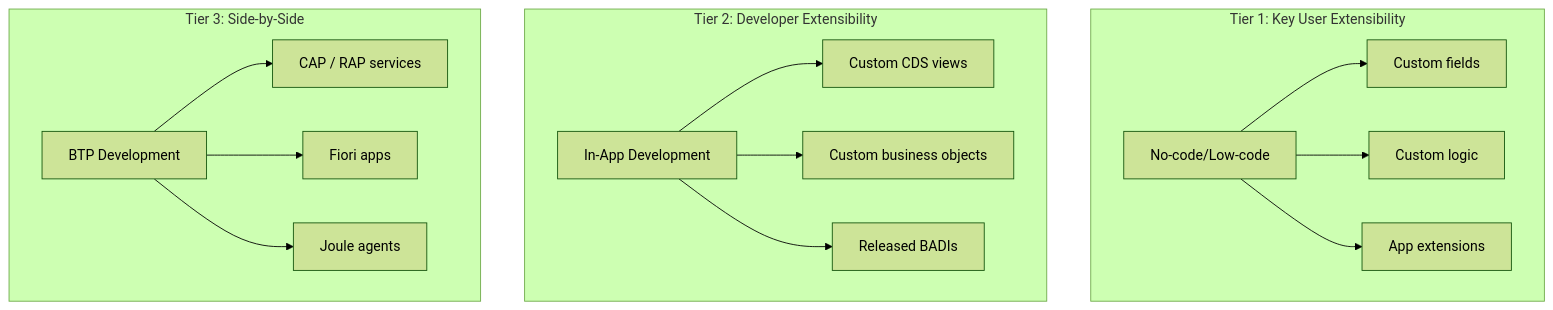
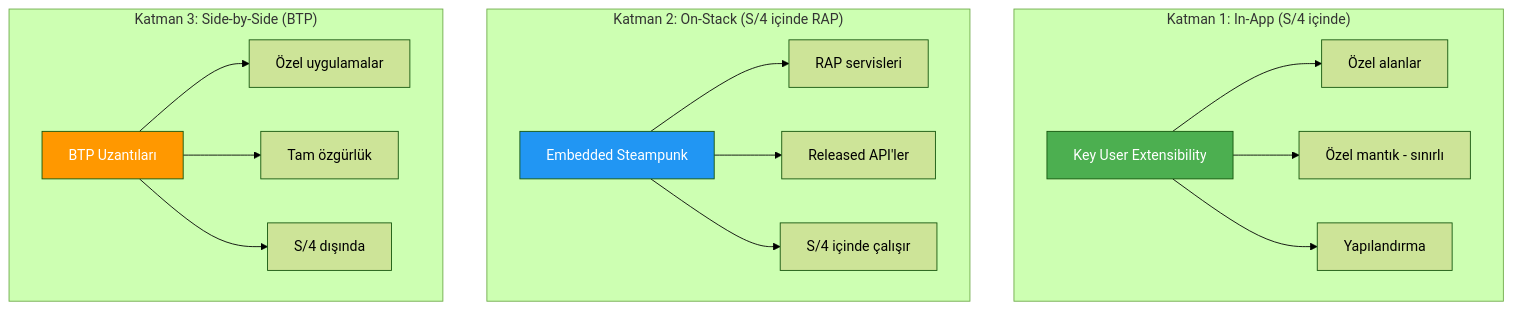
Before and after one commit to beyhanmeyrali/sap-all: the fourth of 5 diagrams in Technical Tutorials/BTP/TR/chapters/17-clean-core.md, drawn with Mermaid (forest theme). The commit also changed other lines of this file and 2 other files, not shown here.

````diff
--- a/Technical Tutorials/BTP/TR/chapters/17-clean-core.md
+++ b/Technical Tutorials/BTP/TR/chapters/17-clean-core.md
@@ -102,23 +96,27 @@
 ```mermaid
 graph TD
-    subgraph "Tier 1: Key User Extensibility"
-        T1[No-code/Low-code]
-        T1 --> T1A[Custom fields]
-        T1 --> T1B[Custom logic]
-        T1 --> T1C[App extensions]
+    subgraph "Katman 1: In-App (S/4 içinde)"
+        L1[Key User Extensibility]
+        L1 --> L1A[Özel alanlar]
+        L1 --> L1B[Özel mantık - sınırlı]
+        L1 --> L1C[Yapılandırma]
     end
 
-    subgraph "Tier 2: Developer Extensibility"
-        T2[In-App Development]
-        T2 --> T2A[Custom CDS views]
-        T2 --> T2B[Custom business objects]
-        T2 --> T2C[Released BADIs]
+    subgraph "Katman 2: On-Stack (S/4 içinde RAP)"
+        L2[Embedded Steampunk]
+        L2 --> L2A[RAP servisleri]
+        L2 --> L2B[Released API'ler]
+        L2 --> L2C[S/4 içinde çalışır]
     end
 
-    subgraph "Tier 3: Side-by-Side"
-        T3[BTP Development]
-        T3 --> T3A[CAP / RAP services]
-        T3 --> T3B[Fiori apps]
-        T3 --> T3C[Joule agents]
+    subgraph "Katman 3: Side-by-Side (BTP)"
+        L3[BTP Uzantıları]
+        L3 --> L3A[Özel uygulamalar]
+        L3 --> L3B[Tam özgürlük]
+        L3 --> L3C[S/4 dışında]
     end
+
+    style L1 fill:#4CAF50,color:white
+    style L2 fill:#2196F3,color:white
+    style L3 fill:#FF9800,color:white
 ```
````
